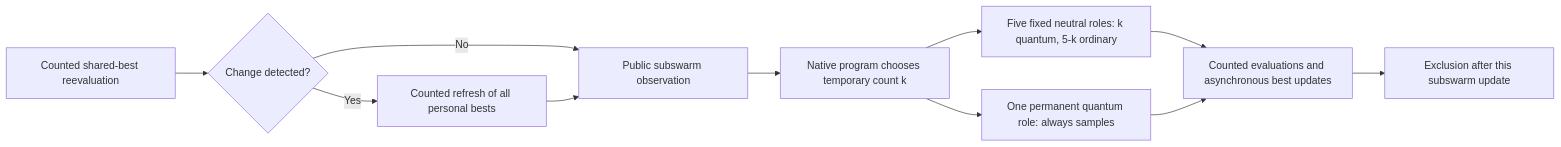
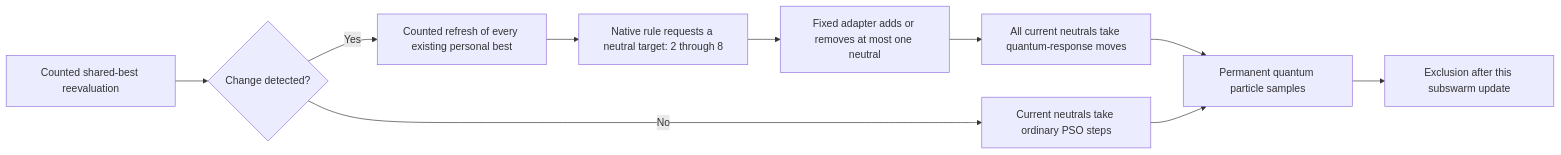
One commit to ReloadLightly/shinka-adaptive-swarms changed the diagram in README.md. Above: the diagram before and after it, drawn with Mermaid. The commit also changed other lines of this file and 396 other files, not shown here.

````diff
--- a/README.md
+++ b/README.md
@@ -149,13 +166,12 @@
 ```mermaid
 flowchart LR
     C[Counted shared-best reevaluation] --> D{Change detected?}
-    D -->|Yes| R[Counted refresh of all personal bests]
-    D -->|No| O[Public subswarm observation]
-    R --> O
-    O --> K[Native program chooses temporary count k]
-    K --> N[Five fixed neutral roles: k quantum, 5-k ordinary]
-    K --> Q[One permanent quantum role: always samples]
-    N --> B[Counted evaluations and asynchronous best updates]
-    Q --> B
-    B --> E[Exclusion after this subswarm update]
+    D -->|Yes| R[Counted refresh of every existing personal best]
+    R --> T[Native rule requests a neutral target: 2 through 8]
+    T --> A[Fixed adapter adds or removes at most one neutral]
+    A --> Q[All current neutrals take quantum-response moves]
+    D -->|No| N[Current neutrals take ordinary PSO steps]
+    Q --> P[Permanent quantum particle samples]
+    N --> P
+    P --> E[Exclusion after this subswarm update]
 ```
````
